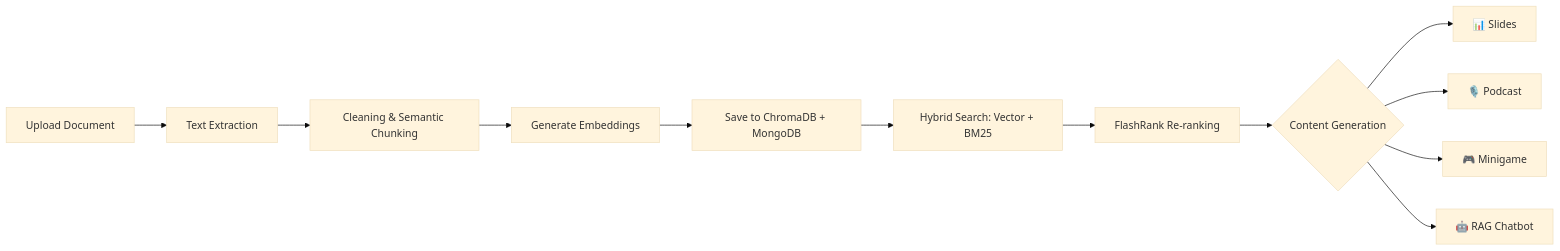
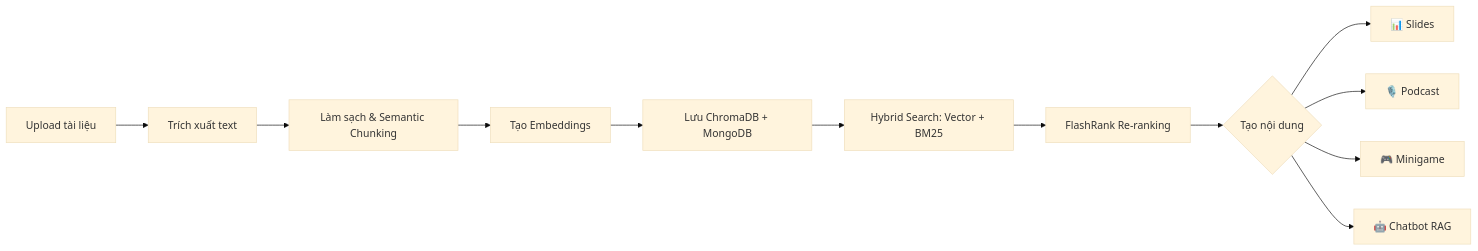
Before and after one commit to Kietnehi/AI-FOR-EDUCATION: the first of 2 diagrams in README_EN.md, drawn with Mermaid (base theme). The commit also changed other lines of this file, not shown here.

````diff
--- a/README_EN.md
+++ b/README_EN.md
@@ -224,14 +227,14 @@
 ```mermaid
 flowchart LR
-    A[Upload Document] --> B[Text Extraction]
-    B --> C[Cleaning & Semantic Chunking]
-    C --> D[Generate Embeddings]
-    D --> E[Save to ChromaDB + MongoDB]
+    A[Upload tài liệu] --> B[Trích xuất text]
+    B --> C[Làm sạch & Semantic Chunking]
+    C --> D[Tạo Embeddings]
+    D --> E[Lưu ChromaDB + MongoDB]
     E --> F[Hybrid Search: Vector + BM25]
     F --> G[FlashRank Re-ranking]
-    G --> H{Content Generation}
+    G --> H{Tạo nội dung}
     H --> I[📊 Slides]
     H --> J[🎙️ Podcast]
     H --> K[🎮 Minigame]
-    H --> L[🤖 RAG Chatbot]
+    H --> L[🤖 Chatbot RAG]
 ```
````
